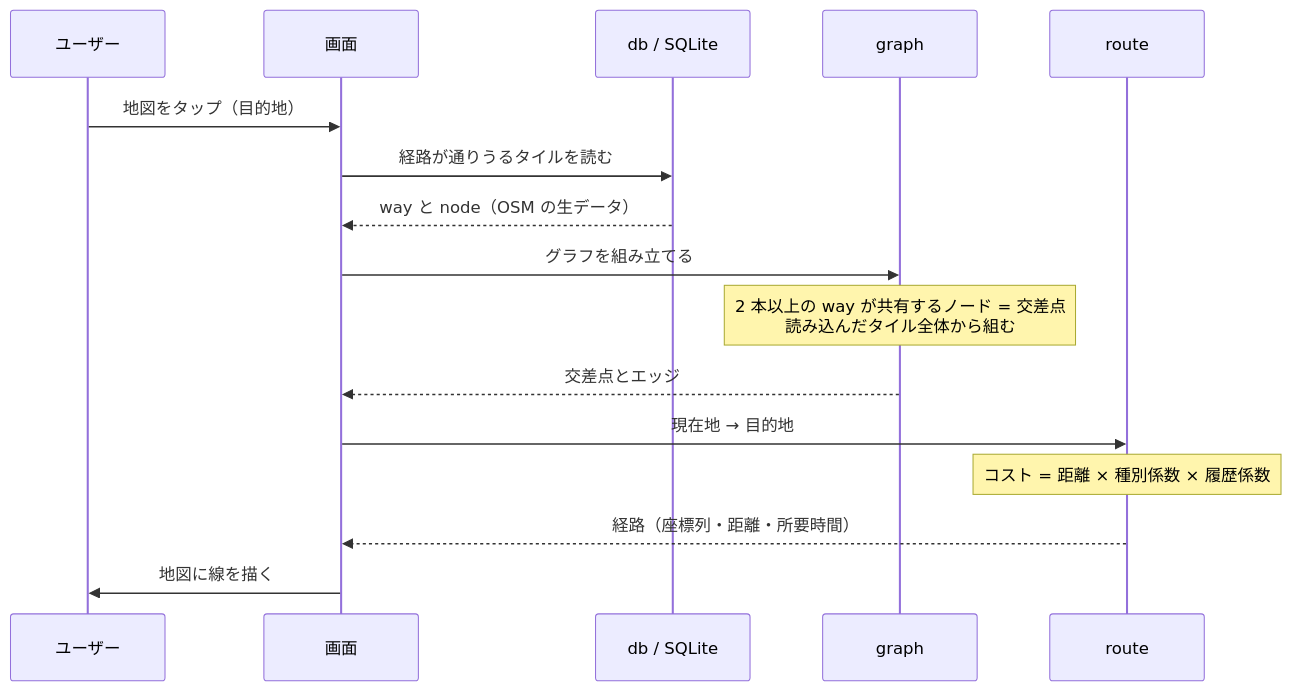
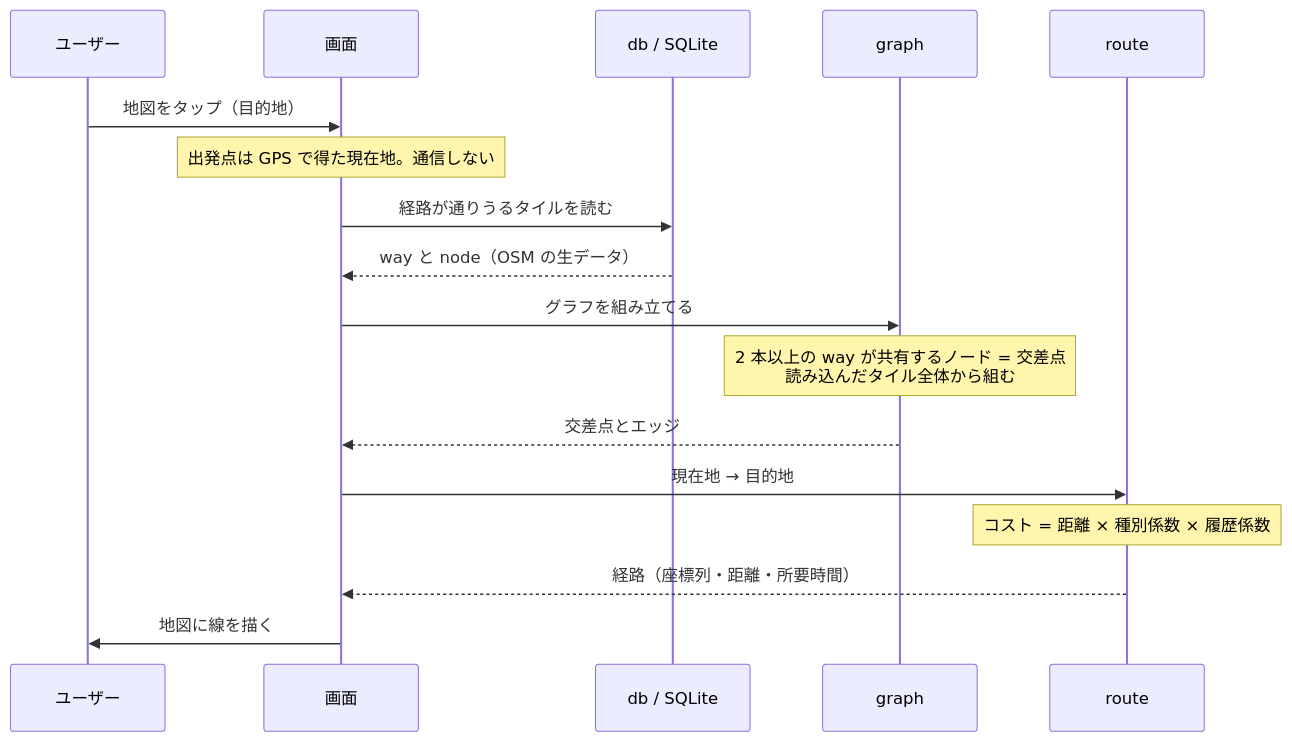
One commit to youngsend/walk-app changed the second of 2 diagrams in docs/design.md. Above: the diagram before and after it, drawn with Mermaid. The commit also changed other lines of this file, not shown here.

First line of the commit message:
構成図に GPS を描き、3 つの入力を分けて書く

````diff
--- a/docs/design.md
+++ b/docs/design.md
@@ -59,19 +75,20 @@
 ```mermaid
 sequenceDiagram
     participant U as ユーザー
     participant S as 画面
     participant D as db / SQLite
     participant G as graph
     participant R as route
 
     U->>S: 地図をタップ（目的地）
+    Note over S: 出発点は GPS で得た現在地。通信しない
     S->>D: 経路が通りうるタイルを読む
     D-->>S: way と node（OSM の生データ）
     S->>G: グラフを組み立てる
     Note over G: 2 本以上の way が共有するノード = 交差点<br/>読み込んだタイル全体から組む
     G-->>S: 交差点とエッジ
     S->>R: 現在地 → 目的地
     Note over R: コスト = 距離 × 種別係数 × 履歴係数
     R-->>S: 経路（座標列・距離・所要時間）
     S->>U: 地図に線を描く
 ```
````
